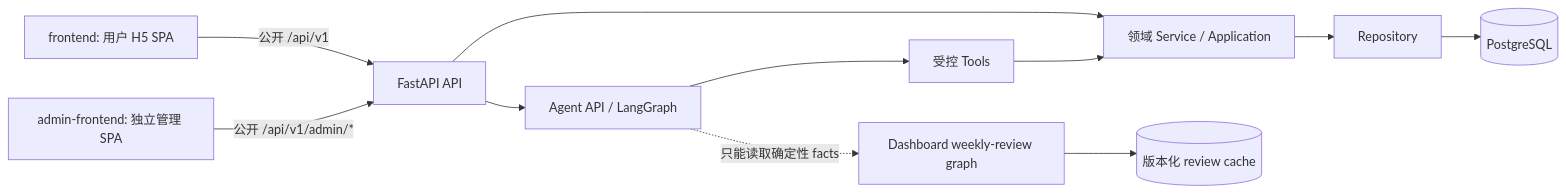
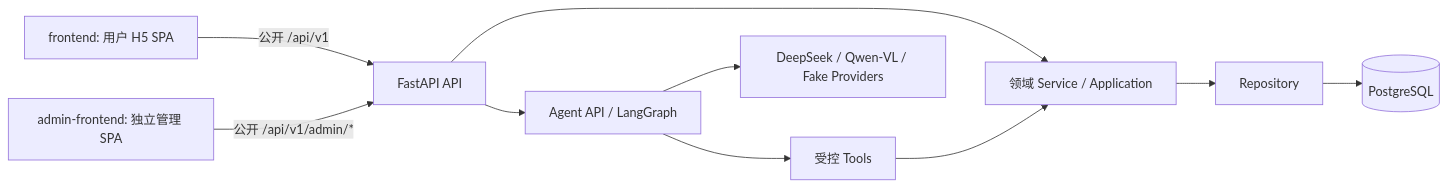
Before and after one commit to HuaguoshanLab/identify-food-calories: the diagram in README.md, drawn with Mermaid. The commit also changed other lines of this file and 37 other files, not shown here.

````diff
--- a/README.md
+++ b/README.md
@@ -206,13 +144,12 @@
 ```mermaid
 flowchart LR
   H5[frontend: 用户 H5 SPA] -->|公开 /api/v1| API[FastAPI API]
   ADM[admin-frontend: 独立管理 SPA] -->|公开 /api/v1/admin/*| API
   API --> SVC[领域 Service / Application]
   SVC --> REPO[Repository]
   REPO --> PG[(PostgreSQL)]
   API --> AGENT[Agent API / LangGraph]
   AGENT --> TOOLS[受控 Tools]
   TOOLS --> SVC
-  AGENT -. 只能读取确定性 facts .-> DASH[Dashboard weekly-review graph]
-  DASH --> CACHE[(版本化 review cache)]
+  AGENT --> PROVIDERS[DeepSeek / Qwen-VL / Fake Providers]
 ```
````
